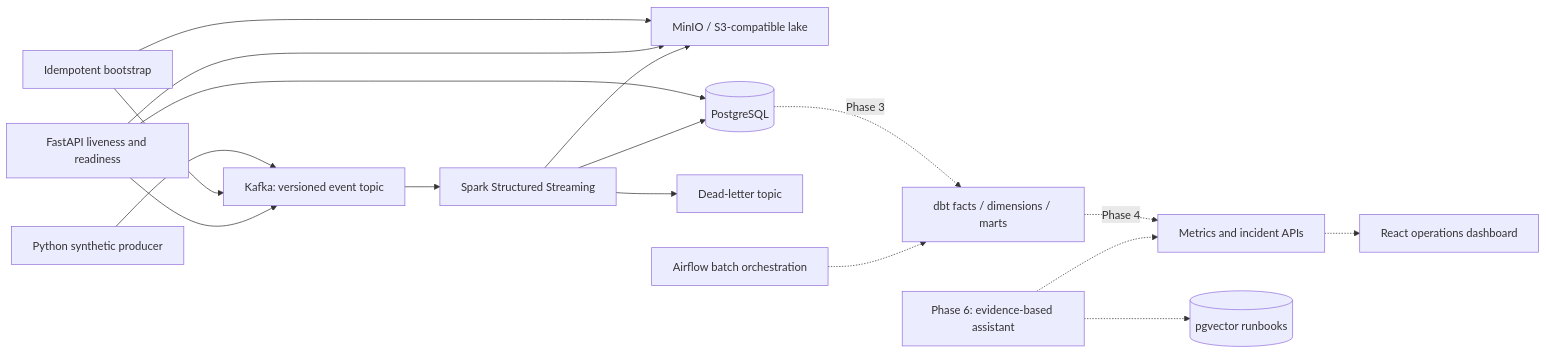
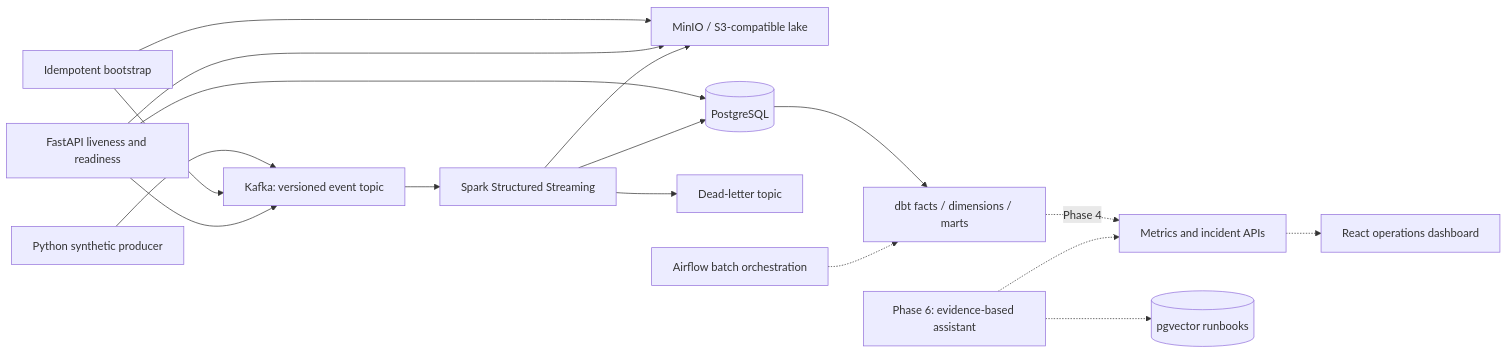
The diagram in README.md (kanishk-sc/pulseforge), drawn with Mermaid before and after one commit. The commit also changed other lines of this file and 36 other files, not shown here.

````diff
--- a/README.md
+++ b/README.md
@@ -31,19 +32,19 @@
 ```mermaid
 flowchart LR
     P[Python synthetic producer] --> K[Kafka: versioned event topic]
     B[Idempotent bootstrap] --> K
     B --> L[MinIO / S3-compatible lake]
     A[FastAPI liveness and readiness] --> K
     A --> L
     A --> W[(PostgreSQL)]
     K --> S[Spark Structured Streaming]
     S --> D[Dead-letter topic]
     S --> L
     S --> W
-    W -. Phase 3 .-> DBT[dbt facts / dimensions / marts]
+    W --> DBT[dbt facts / dimensions / marts]
     AF[Airflow batch orchestration] -.-> DBT
     DBT -. Phase 4 .-> API[Metrics and incident APIs]
     API -.-> UI[React operations dashboard]
     RAG[Phase 6: evidence-based assistant] -.-> API
     RAG -.-> V[(pgvector runbooks)]
 ```
````
